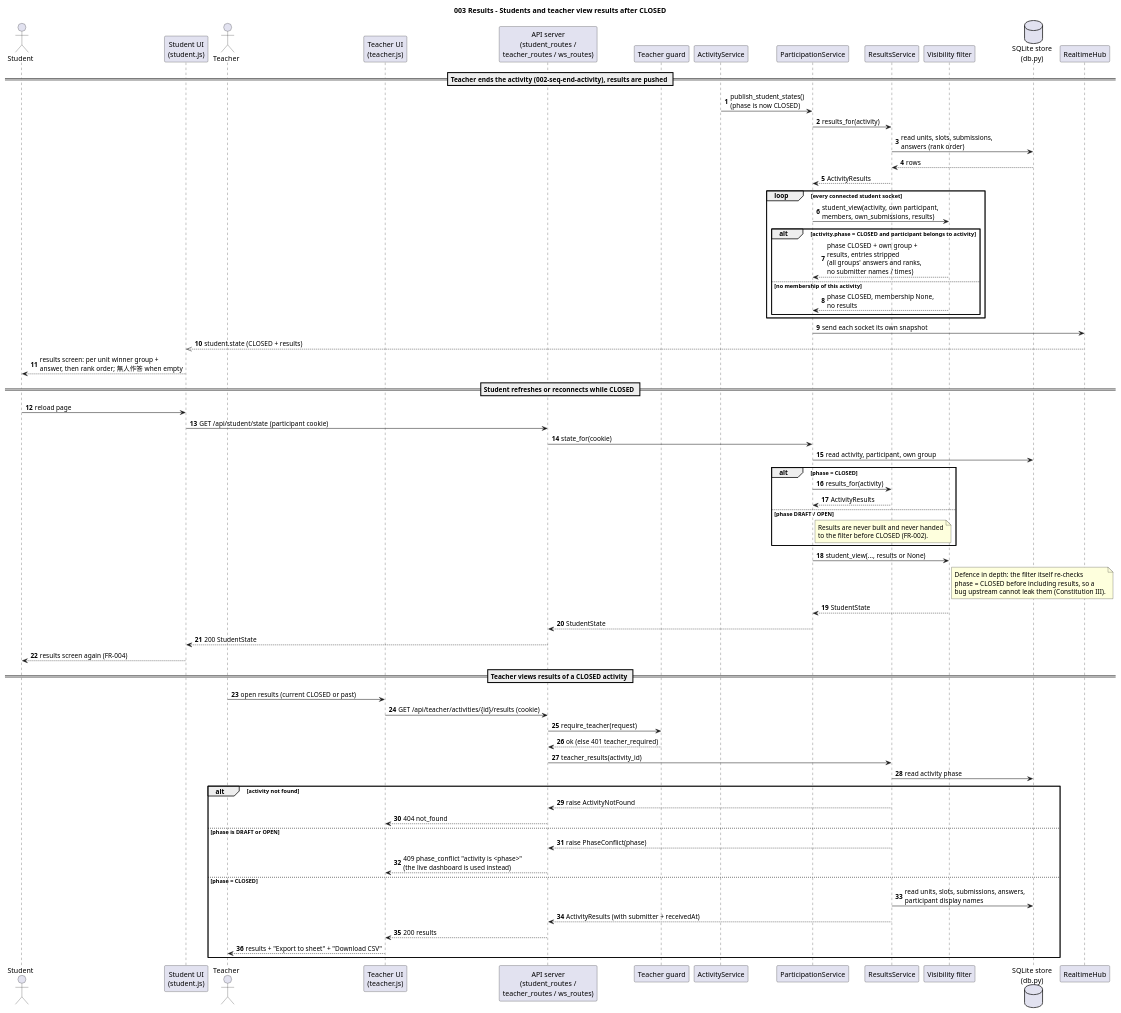
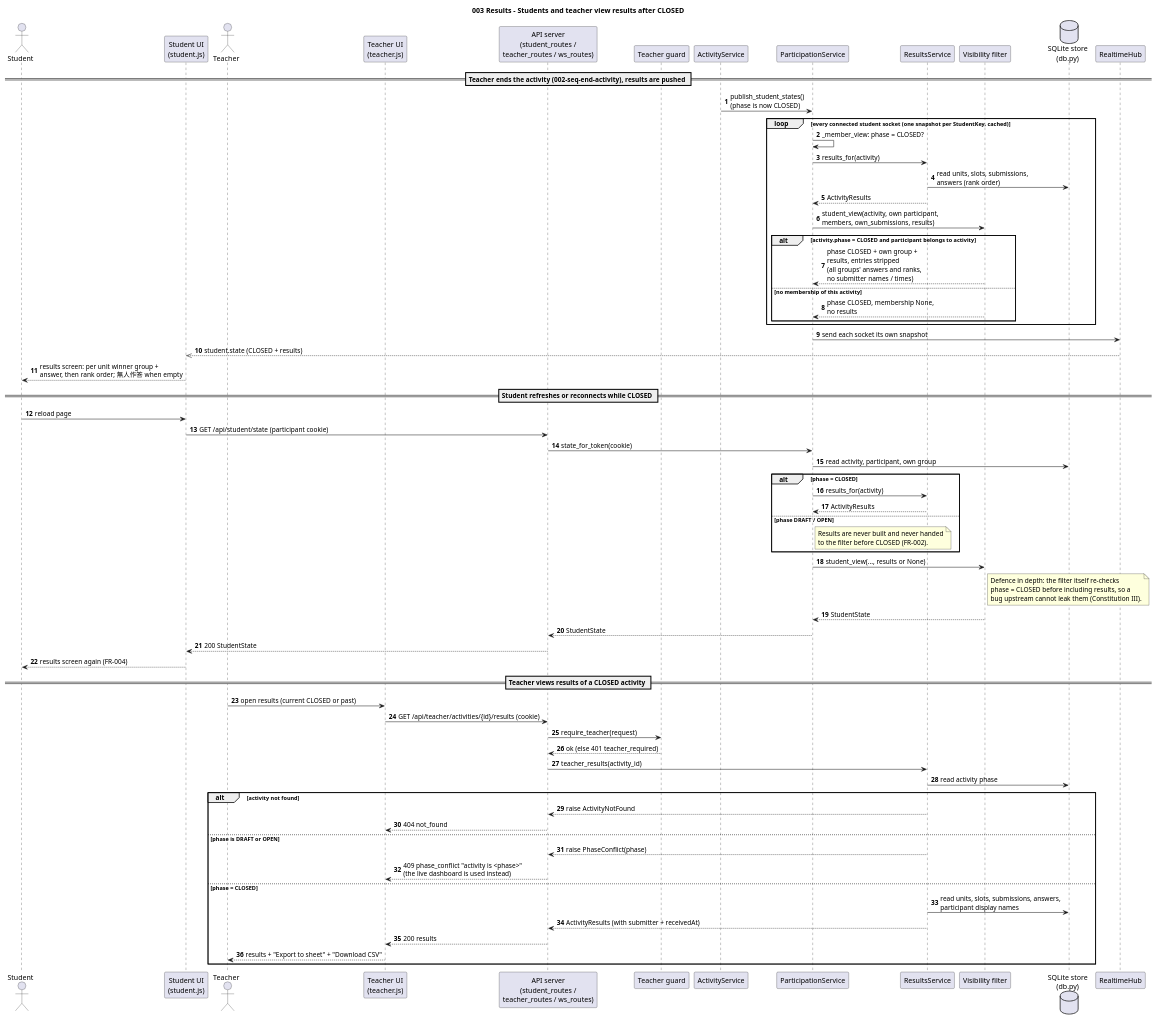
Before and after one commit to WasabiSaikou/quiz-buzzer: the diagram in diagrams/003-seq-view-results.puml, drawn with PlantUML. The commit also changed 13 other files, not shown here.

First line of the commit message:
chore(003): Phase 7 polish - log hygiene, CLOSED push latency, code-vs-diagram verification

```diff
--- a/diagrams/003-seq-view-results.puml
+++ b/diagrams/003-seq-view-results.puml
@@ -1,83 +1,83 @@
 @startuml 003-seq-view-results
 title 003 Results - Students and teacher view results after CLOSED
 
 skinparam shadowing false
 skinparam defaultFontName "Microsoft JhengHei"
 autonumber
 
 actor Student
 participant "Student UI\n(student.js)" as SUI
 actor Teacher
 participant "Teacher UI\n(teacher.js)" as TUI
 participant "API server\n(student_routes /\nteacher_routes / ws_routes)" as API
 participant "Teacher guard" as AUTH
 participant "ActivityService" as ACT
 participant "ParticipationService" as PSVC
 participant "ResultsService" as RES
 participant "Visibility filter" as VIS
 database "SQLite store\n(db.py)" as DB
 participant "RealtimeHub" as RT
 
 == Teacher ends the activity (002-seq-end-activity), results are pushed ==
 ACT -> PSVC : publish_student_states()\n(phase is now CLOSED)
-PSVC -> RES : results_for(activity)
-RES -> DB : read units, slots, submissions,\nanswers (rank order)
-DB --> RES : rows
-RES --> PSVC : ActivityResults
-loop every connected student socket
+loop every connected student socket (one snapshot per StudentKey, cached)
+  PSVC -> PSVC : _member_view: phase = CLOSED?
+  PSVC -> RES : results_for(activity)
+  RES -> DB : read units, slots, submissions,\nanswers (rank order)
+  RES --> PSVC : ActivityResults
   PSVC -> VIS : student_view(activity, own participant,\nmembers, own_submissions, results)
   alt activity.phase = CLOSED and participant belongs to activity
     VIS --> PSVC : phase CLOSED + own group +\nresults, entries stripped\n(all groups' answers and ranks,\nno submitter names / times)
   else no membership of this activity
     VIS --> PSVC : phase CLOSED, membership None,\nno results
   end
 end
 PSVC -> RT : send each socket its own snapshot
 RT -->> SUI : student.state (CLOSED + results)
 SUI --> Student : results screen: per unit winner group +\nanswer, then rank order; 無人作答 when empty
 
 == Student refreshes or reconnects while CLOSED ==
 Student -> SUI : reload page
 SUI -> API : GET /api/student/state (participant cookie)
-API -> PSVC : state_for(cookie)
+API -> PSVC : state_for_token(cookie)
 PSVC -> DB : read activity, participant, own group
 alt phase = CLOSED
   PSVC -> RES : results_for(activity)
   RES --> PSVC : ActivityResults
 else phase DRAFT / OPEN
   note right of PSVC
     Results are never built and never handed
     to the filter before CLOSED (FR-002).
   end note
 end
 PSVC -> VIS : student_view(..., results or None)
 note right of VIS
   Defence in depth: the filter itself re-checks
   phase = CLOSED before including results, so a
   bug upstream cannot leak them (Constitution III).
 end note
 VIS --> PSVC : StudentState
 PSVC --> API : StudentState
 API --> SUI : 200 StudentState
 SUI --> Student : results screen again (FR-004)
 
 == Teacher views results of a CLOSED activity ==
 Teacher -> TUI : open results (current CLOSED or past)
 TUI -> API : GET /api/teacher/activities/{id}/results (cookie)
 API -> AUTH : require_teacher(request)
 AUTH --> API : ok (else 401 teacher_required)
 API -> RES : teacher_results(activity_id)
 RES -> DB : read activity phase
 alt activity not found
   RES --> API : raise ActivityNotFound
   API --> TUI : 404 not_found
 else phase is DRAFT or OPEN
   RES --> API : raise PhaseConflict(phase)
   API --> TUI : 409 phase_conflict "activity is <phase>"\n(the live dashboard is used instead)
 else phase = CLOSED
   RES -> DB : read units, slots, submissions, answers,\nparticipant display names
   RES --> API : ActivityResults (with submitter + receivedAt)
   API --> TUI : 200 results
   TUI --> Teacher : results + "Export to sheet" + "Download CSV"
 end
 @enduml
```
